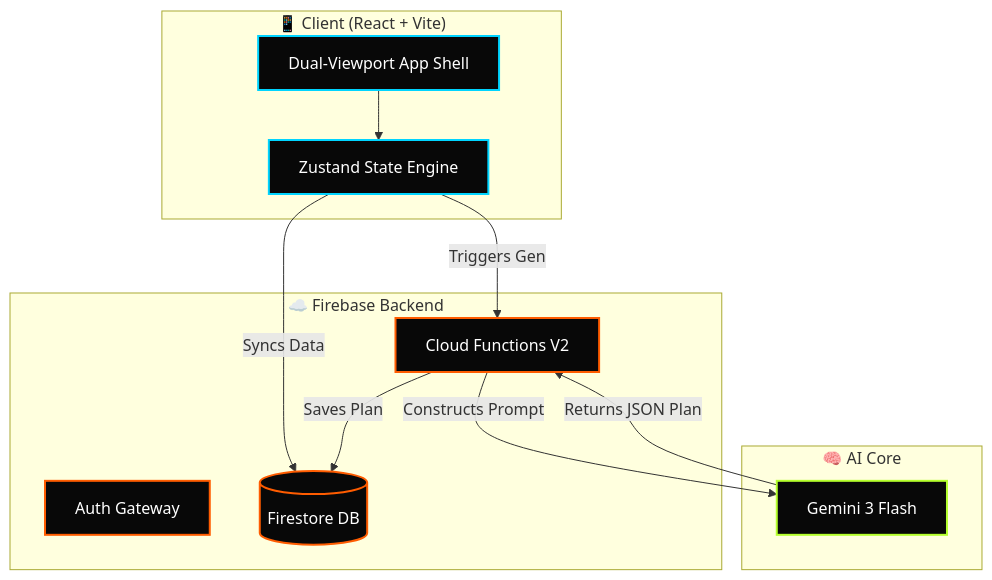
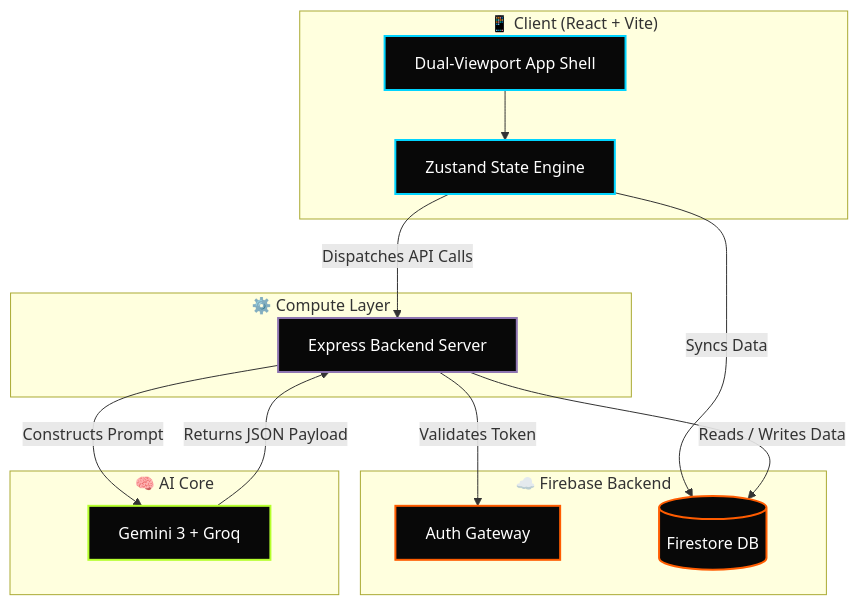
One commit to PriyanshuG27/Fitdesi changed the diagram in README.md. Above: the diagram before and after it, drawn with Mermaid. The commit also changed other lines of this file and 9 other files, not shown here.

````diff
--- a/README.md
+++ b/README.md
@@ -119,29 +133,34 @@
 ```mermaid
 graph TD
     %% Styling
     classDef client fill:#080808,stroke:#00D4FF,stroke-width:2px,color:#FFF;
     classDef firebase fill:#080808,stroke:#FF5C00,stroke-width:2px,color:#FFF;
-    classDef gemini fill:#080808,stroke:#B5FF2D,stroke-width:2px,color:#FFF;
+    classDef backend fill:#080808,stroke:#8E75B2,stroke-width:2px,color:#FFF;
+    classDef ai fill:#080808,stroke:#B5FF2D,stroke-width:2px,color:#FFF;
 
     subgraph "📱 Client (React + Vite)"
         UI[Dual-Viewport App Shell]:::client
         Store[Zustand State Engine]:::client
         UI --> Store
     end
 
     subgraph "☁️ Firebase Backend"
         Auth[Auth Gateway]:::firebase
         DB[(Firestore DB)]:::firebase
-        Func[Cloud Functions V2]:::firebase
+    end
+
+    subgraph "⚙️ Compute Layer"
+        API[Express Backend Server]:::backend
     end
 
     subgraph "🧠 AI Core"
-        AI[Gemini 3 Flash]:::gemini
+        AI[Gemini 3 + Groq]:::ai
     end
 
     Store -->|Syncs Data| DB
-    Store -->|Triggers Gen| Func
-    Func -->|Constructs Prompt| AI
-    AI -->|Returns JSON Plan| Func
-    Func -->|Saves Plan| DB
+    Store -->|Dispatches API Calls| API
+    API -->|Validates Token| Auth
+    API -->|Reads / Writes Data| DB
+    API -->|Constructs Prompt| AI
+    AI -->|Returns JSON Payload| API
 ```
````
